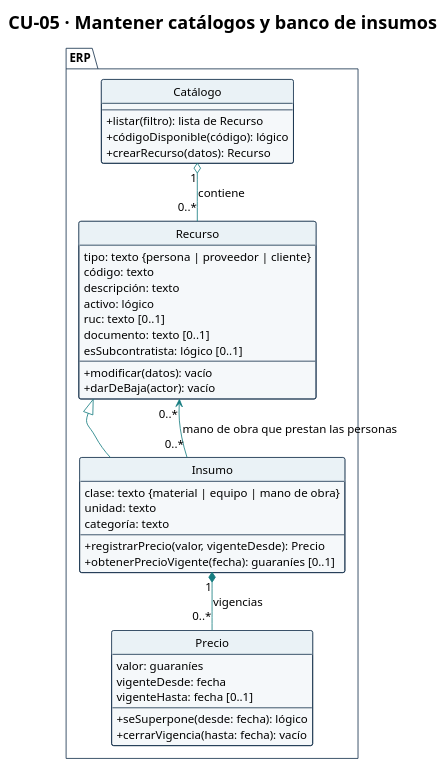
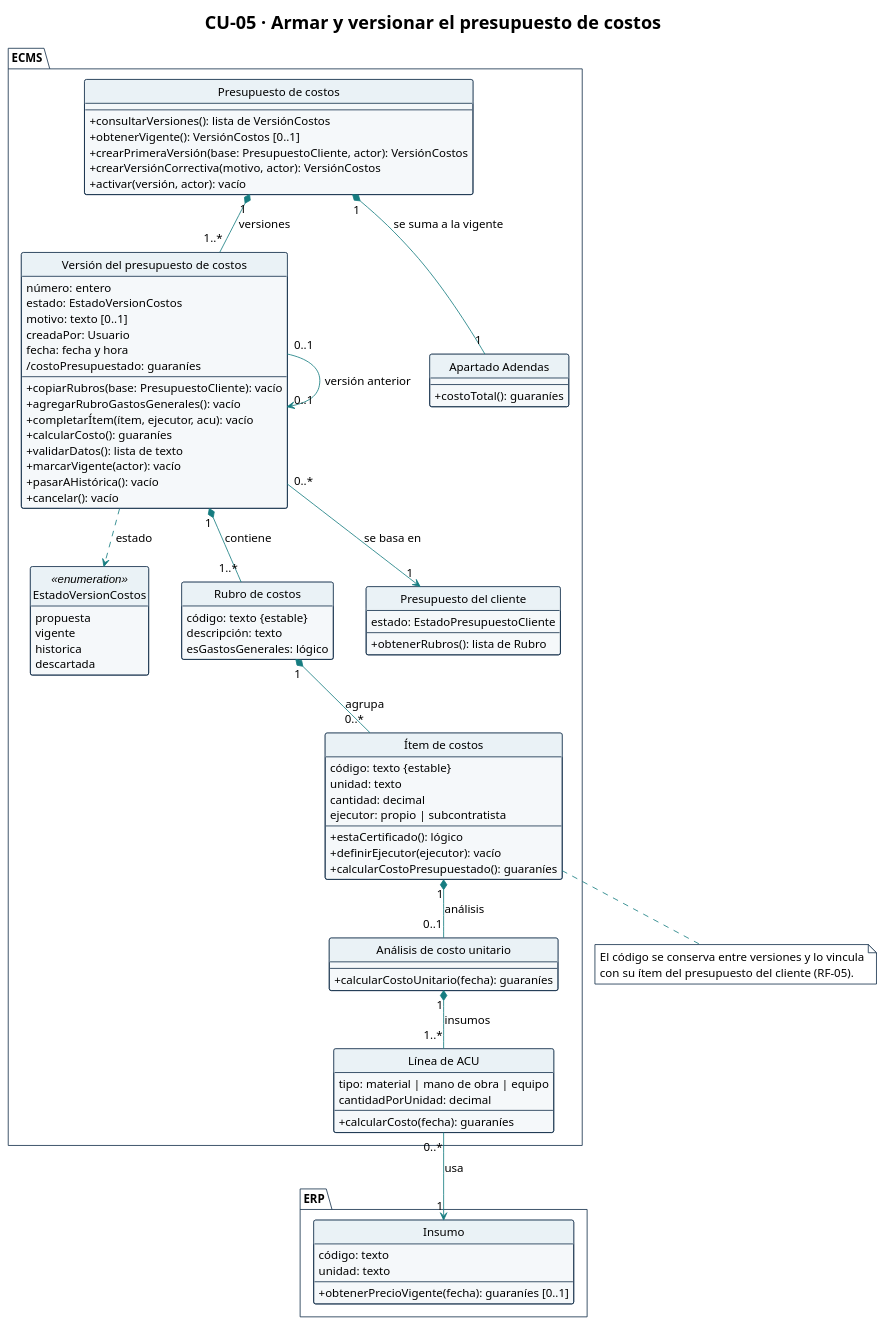
One commit to Ssrrb/tpf-uca changed the diagram in diagramas/CU-05-clases.puml. Above: the diagram before and after it, drawn with PlantUML. The commit also changed 51 other files, not shown here.

First line of the commit message:
Renumera los diagramas de CU 1 al 16 en orden de dependencia y saca los que salen del MVP

```diff
--- a/diagramas/CU-05-clases.puml
+++ b/diagramas/CU-05-clases.puml
@@ -1,72 +1,130 @@
 @startuml
 !theme plain
 skinparam style strictuml
-title CU-05 · Mantener catálogos y banco de insumos
+title CU-05 · Armar y versionar el presupuesto de costos
 hide circle
 hide empty methods
 hide empty fields
 skinparam shadowing false
 skinparam classAttributeIconSize 0
 skinparam defaultFontName Arial
 skinparam defaultFontSize 14
 skinparam nodesep 40
 skinparam ranksep 50
 skinparam ArrowColor #167C80
 skinparam class {
   BackgroundColor #F5F8FA
   BorderColor #17324D
   HeaderBackgroundColor #EAF2F6
 }
 skinparam package {
   BackgroundColor #FFFFFF
   BorderColor #17324D
 }
 skinparam note {
   BackgroundColor #FFFFFF
   BorderColor #17324D
 }
-package "ERP" {
-  class "Catálogo" as Catalogo {
+package "ECMS" {
+  class "Presupuesto de costos" as PresupuestoCostos {
     --
-    + listar(filtro): lista de Recurso
-    + códigoDisponible(código): lógico
-    + crearRecurso(datos): Recurso
+    + consultarVersiones(): lista de VersiónCostos
+    + obtenerVigente(): VersiónCostos [0..1]
+    + crearPrimeraVersión(base: PresupuestoCliente, actor): VersiónCostos
+    + crearVersiónCorrectiva(motivo, actor): VersiónCostos
+    + activar(versión, actor): vacío
   }
 
-  class Recurso {
-    tipo: texto {persona | proveedor | cliente}
-    código: texto
-    descripción: texto
-    activo: lógico
-    ruc: texto [0..1]
-    documento: texto [0..1]
-    esSubcontratista: lógico [0..1]
-    --
-    + modificar(datos): vacío
-    + darDeBaja(actor): vacío
+  enum EstadoVersionCostos <<enumeration>> {
+    propuesta
+    vigente
+    historica
+    descartada
   }
 
-  class Insumo {
-    clase: texto {material | equipo | mano de obra}
-    unidad: texto
-    categoría: texto
+  class "Versión del presupuesto de costos" as VersionCostos {
+    número: entero
+    estado: EstadoVersionCostos
+    motivo: texto [0..1]
+    creadaPor: Usuario
+    fecha: fecha y hora
+    /costoPresupuestado: guaraníes
     --
-    + registrarPrecio(valor, vigenteDesde): Precio
-    + obtenerPrecioVigente(fecha): guaraníes [0..1]
+    + copiarRubros(base: PresupuestoCliente): vacío
+    + agregarRubroGastosGenerales(): vacío
+    + completarÍtem(ítem, ejecutor, acu): vacío
+    + calcularCosto(): guaraníes
+    + validarDatos(): lista de texto
+    + marcarVigente(actor): vacío
+    + pasarAHistórica(): vacío
+    + cancelar(): vacío
   }
 
-  class Precio {
-    valor: guaraníes
-    vigenteDesde: fecha
-    vigenteHasta: fecha [0..1]
+  class "Rubro de costos" as RubroCostos {
+    código: texto {estable}
+    descripción: texto
+    esGastosGenerales: lógico
+  }
+
+  class "Ítem de costos" as ItemCostos {
+    código: texto {estable}
+    unidad: texto
+    cantidad: decimal
+    ejecutor: propio | subcontratista
     --
-    + seSuperpone(desde: fecha): lógico
-    + cerrarVigencia(hasta: fecha): vacío
+    + estaCertificado(): lógico
+    + definirEjecutor(ejecutor): vacío
+    + calcularCostoPresupuestado(): guaraníes
+  }
+
+  class "Análisis de costo unitario" as ACU {
+    --
+    + calcularCostoUnitario(fecha): guaraníes
+  }
+
+  class "Línea de ACU" as LineaACU {
+    tipo: material | mano de obra | equipo
+    cantidadPorUnidad: decimal
+    --
+    + calcularCosto(fecha): guaraníes
+  }
+
+  class "Presupuesto del cliente" as PresupuestoCliente {
+    estado: EstadoPresupuestoCliente
+    --
+    + obtenerRubros(): lista de Rubro
+  }
+
+  class "Apartado Adendas" as ApartadoAdendas {
+    --
+    + costoTotal(): guaraníes
   }
 }
 
-Recurso <|-- Insumo
-Catalogo "1" o-- "0..*" Recurso : contiene
-Insumo "1" *-- "0..*" Precio : vigencias
-Insumo "0..*" --> "0..*" Recurso : mano de obra que prestan las personas
+package "ERP" {
+  class Insumo {
+    código: texto
+    unidad: texto
+    --
+    + obtenerPrecioVigente(fecha): guaraníes [0..1]
+  }
+}
+
+PresupuestoCostos "1" *-- "1..*" VersionCostos : versiones
+PresupuestoCostos "1" *-- "1" ApartadoAdendas : se suma a la vigente
+VersionCostos "0..*" --> "1" PresupuestoCliente : se basa en
+VersionCostos "0..1" --> "0..1" VersionCostos : versión anterior
+VersionCostos "1" *-- "1..*" RubroCostos : contiene
+RubroCostos "1" *-- "0..*" ItemCostos : agrupa
+ItemCostos "1" *-- "0..1" ACU : análisis
+ACU "1" *-- "1..*" LineaACU : insumos
+LineaACU "0..*" --> "1" Insumo : usa
+
+VersionCostos ..> EstadoVersionCostos : estado
+
+note bottom of ItemCostos
+  El código se conserva entre versiones y lo vincula
+  con su ítem del presupuesto del cliente (RF-05).
+end note
+
 @enduml
```
